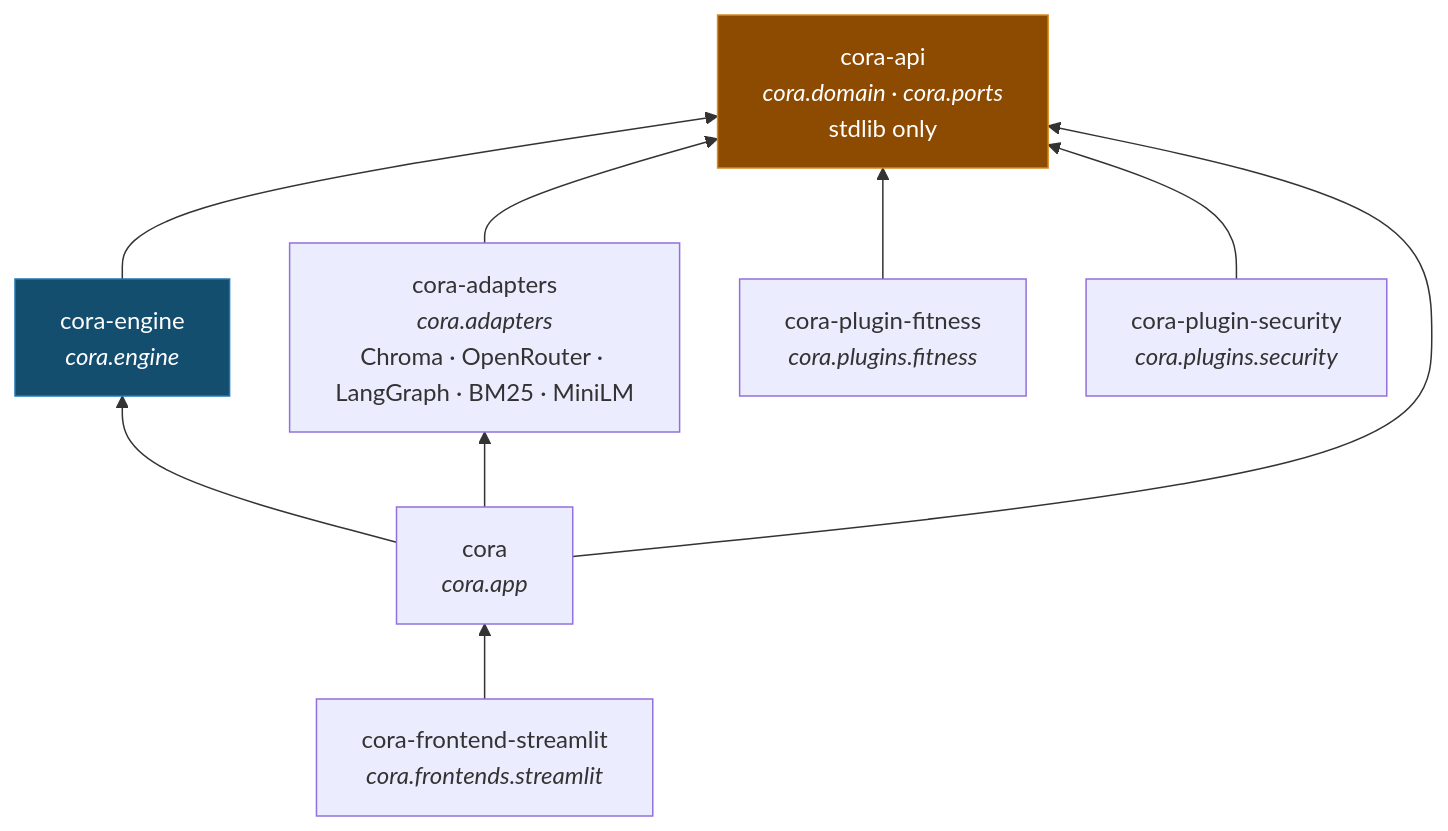
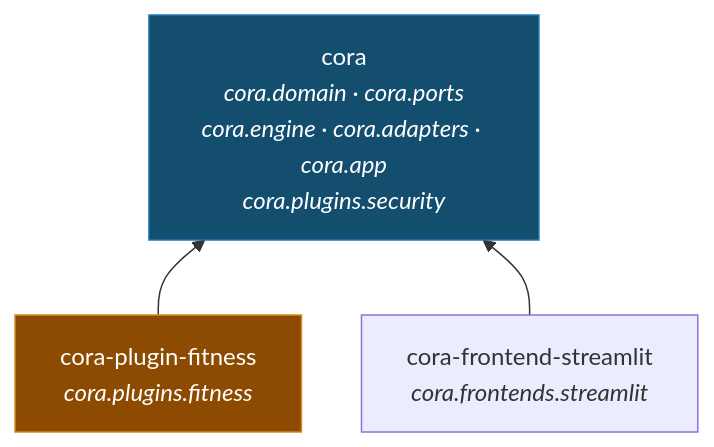
One commit to aschog/cora changed the second of 2 diagrams in docs/big-picture.md. Above: the diagram before and after it, drawn with Mermaid. The commit also changed other lines of this file and 133 other files, not shown here.

````diff
--- a/docs/big-picture.md
+++ b/docs/big-picture.md
@@ -142,25 +141,15 @@
 ```mermaid
 %%{init: {"flowchart": {"nodeSpacing": 40, "rankSpacing": 50, "curve": "basis"}}}%%
 flowchart BT
-  api["cora-api<br/><i>cora.domain · cora.ports</i><br/>stdlib only"]
-  engine["cora-engine<br/><i>cora.engine</i>"]
-  adapters["cora-adapters<br/><i>cora.adapters</i><br/>Chroma · OpenRouter · LangGraph · BM25 · MiniLM"]
-  app["cora<br/><i>cora.app</i>"]
+  app["cora<br/><i>cora.domain · cora.ports</i><br/><i>cora.engine · cora.adapters · cora.app</i><br/><i>cora.plugins.security</i>"]
   fitness["cora-plugin-fitness<br/><i>cora.plugins.fitness</i>"]
-  security["cora-plugin-security<br/><i>cora.plugins.security</i>"]
   shell["cora-frontend-streamlit<br/><i>cora.frontends.streamlit</i>"]
 
-  engine --> api
-  adapters --> api
-  fitness --> api
-  security --> api
-  app --> api
-  app --> engine
-  app --> adapters
+  fitness --> app
   shell --> app
 
   classDef contract fill:#8c4b00,stroke:#d98a1f,color:#fff;
   classDef logic fill:#134e6f,stroke:#1f78b4,color:#fff;
-  class api contract;
-  class engine logic;
+  class app logic;
+  class fitness contract;
 ```
````
